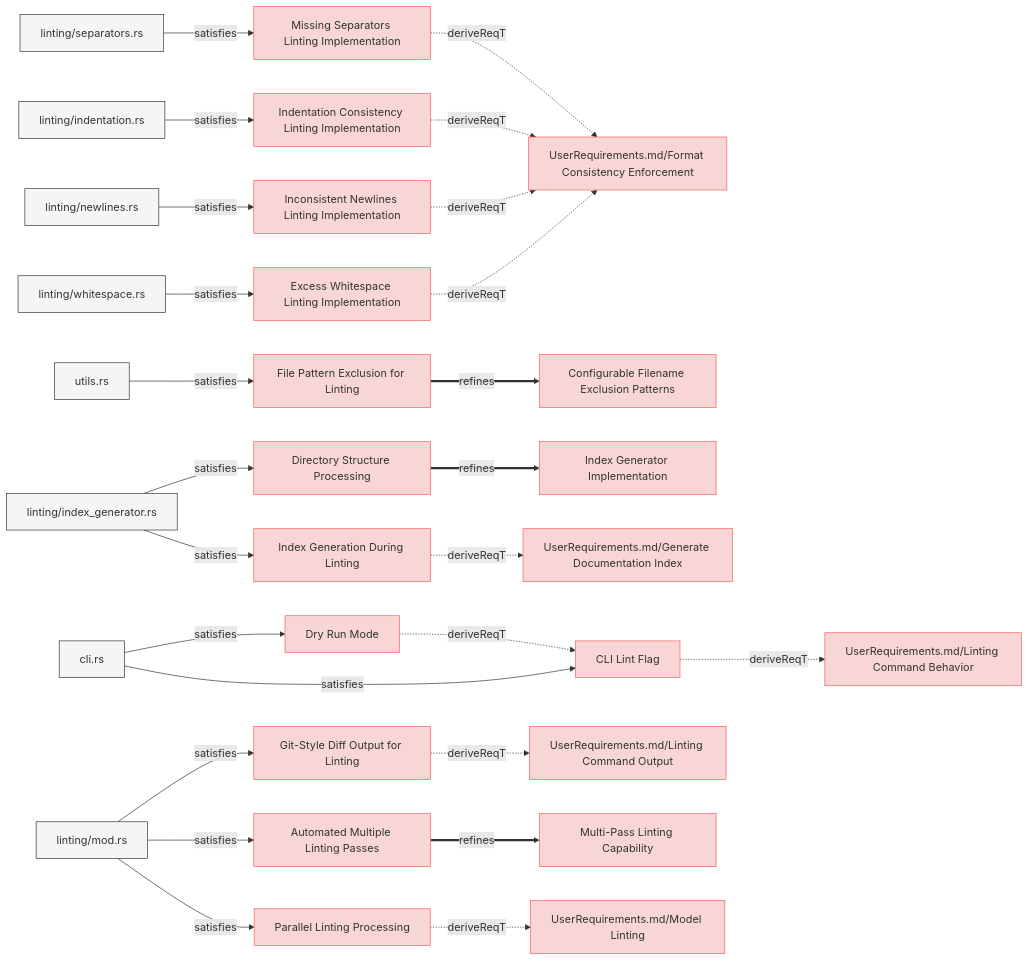
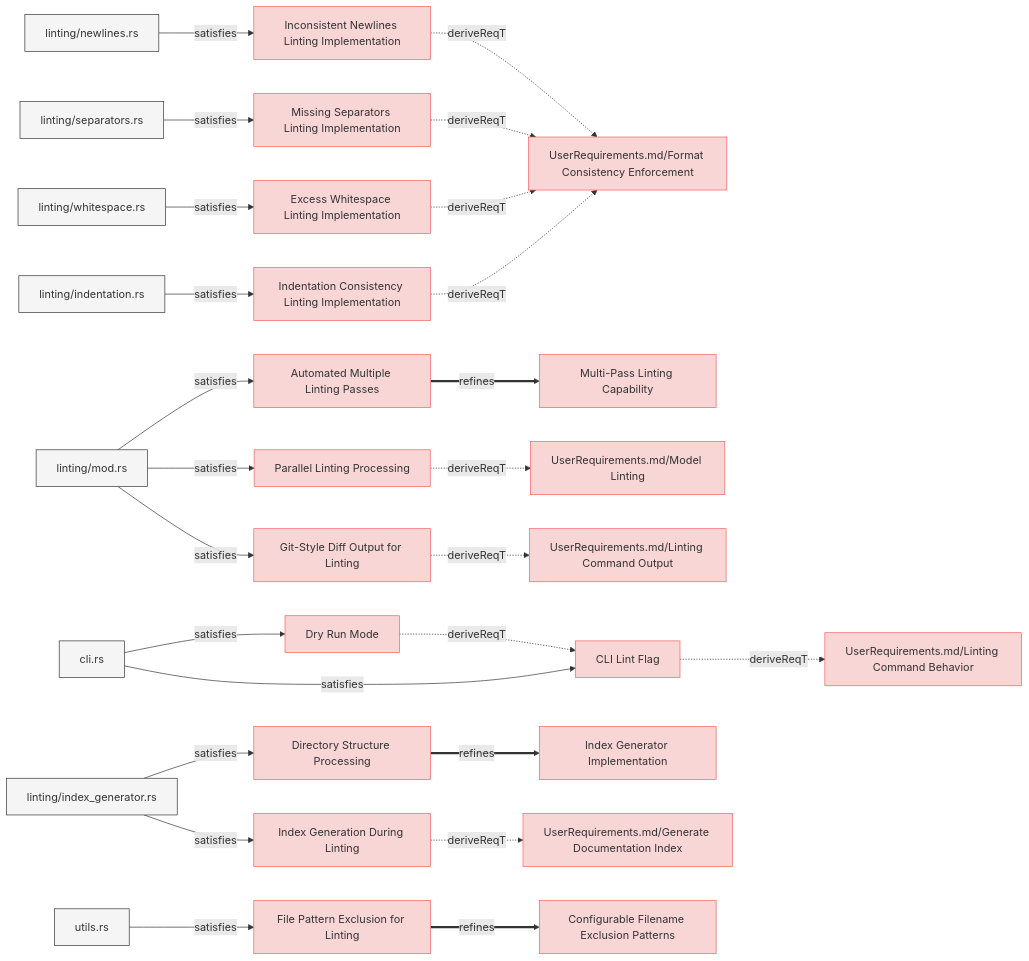
Before and after one commit to reqvire-org/reqvire: the first of 3 diagrams in specifications/SystemRequirements/Requirements.md, drawn with Mermaid. The commit also changed other lines of this file and 10 other files, not shown here.

````diff
--- a/specifications/SystemRequirements/Requirements.md
+++ b/specifications/SystemRequirements/Requirements.md
@@ -9,17 +9,115 @@
   classDef externalLink fill:#d0e0ff,stroke:#3080ff,stroke-width:1px;
   classDef default fill:#f5f5f5,stroke:#333333,stroke-width:1px;
 
+  ec14dc67ea["Automated Multiple Linting Passes"];
+  click ec14dc67ea "Requirements.md#automated-multiple-linting-passes";
+  class ec14dc67ea requirement;
+  feb2e14e3b["Multi-Pass Linting Capability"];
+  class feb2e14e3b requirement;
+  click feb2e14e3b "Requirements.md#multi-pass-linting-capability";
+  ec14dc67ea ==>|refines| feb2e14e3b;
+  5d72a78def["linting/mod.rs"];
+  class 5d72a78def default;
+  click 5d72a78def "/src/linting/mod.rs";
+  5d72a78def -->|satisfies| ec14dc67ea;
+  6e1435ad10["Inconsistent Newlines Linting Implementation"];
+  click 6e1435ad10 "Requirements.md#inconsistent-newlines-linting-implementation";
+  class 6e1435ad10 requirement;
+  81758bdb22["UserRequirements.md/Format Consistency Enforcement"];
+  class 81758bdb22 requirement;
+  click 81758bdb22 "../UserRequirements.md#format-consistency-enforcement";
+  6e1435ad10 -.->|deriveReqT| 81758bdb22;
+  f771dce14b["linting/newlines.rs"];
+  class f771dce14b default;
+  click f771dce14b "/src/linting/newlines.rs";
+  f771dce14b -->|satisfies| 6e1435ad10;
   dd0846393d["Missing Separators Linting Implementation"];
   click dd0846393d "Requirements.md#missing-separators-linting-implementation";
   class dd0846393d requirement;
-  81758bdb22["UserRequirements.md/Format Consistency Enforcement"];
-  class 81758bdb22 requirement;
-  click 81758bdb22 "../UserRequirements.md#format-consistency-enforcement";
   dd0846393d -.->|deriveReqT| 81758bdb22;
   c5bb68b4c4["linting/separators.rs"];
   class c5bb68b4c4 default;
-  click c5bb68b4c4 "https://github.com/reqflow/reqflow/src/linting/separators.rs";
+  click c5bb68b4c4 "/src/linting/separators.rs";
   c5bb68b4c4 -->|satisfies| dd0846393d;
+  66aa36deca["Parallel Linting Processing"];
+  click 66aa36deca "Requirements.md#parallel-linting-processing";
+  class 66aa36deca requirement;
+  103ddb8dc3["UserRequirements.md/Model Linting"];
+  class 103ddb8dc3 requirement;
+  click 103ddb8dc3 "../UserRequirements.md#model-linting";
+  66aa36deca -.->|deriveReqT| 103ddb8dc3;
+  5d72a78def["linting/mod.rs"];
+  class 5d72a78def default;
+  click 5d72a78def "/src/linting/mod.rs";
+  5d72a78def -->|satisfies| 66aa36deca;
+  8f2198f681["Dry Run Mode"];
+  click 8f2198f681 "Requirements.md#dry-run-mode";
+  class 8f2198f681 requirement;
+  fffbb22796["CLI Lint Flag"];
+  class fffbb22796 requirement;
+  click fffbb22796 "Requirements.md#cli-lint-flag";
+  8f2198f681 -.->|deriveReqT| fffbb22796;
+  b04c66abda["cli.rs"];
+  class b04c66abda default;
+  click b04c66abda "/src/cli.rs";
+  b04c66abda -->|satisfies| 8f2198f681;
+  63f1cd4974["Git-Style Diff Output for Linting"];
+  click 63f1cd4974 "Requirements.md#git-style-diff-output-for-linting";
+  class 63f1cd4974 requirement;
+  808b1863c8["UserRequirements.md/Linting Command Output"];
+  class 808b1863c8 requirement;
+  click 808b1863c8 "../UserRequirements.md#linting-command-output";
+  63f1cd4974 -.->|deriveReqT| 808b1863c8;
+  5d72a78def["linting/mod.rs"];
+  class 5d72a78def default;
+  click 5d72a78def "/src/linting/mod.rs";
+  5d72a78def -->|satisfies| 63f1cd4974;
+  3f3d3f9ccb["Excess Whitespace Linting Implementation"];
+  click 3f3d3f9ccb "Requirements.md#excess-whitespace-linting-implementation";
+  class 3f3d3f9ccb requirement;
+  3f3d3f9ccb -.->|deriveReqT| 81758bdb22;
+  890ff61be8["linting/whitespace.rs"];
+  class 890ff61be8 default;
+  click 890ff61be8 "/src/linting/whitespace.rs";
+  890ff61be8 -->|satisfies| 3f3d3f9ccb;
+  3efb9595f2["Indentation Consistency Linting Implementation"];
+  click 3efb9595f2 "Requirements.md#indentation-consistency-linting-implementation";
+  class 3efb9595f2 requirement;
+  3efb9595f2 -.->|deriveReqT| 81758bdb22;
+  a33e375c37["linting/indentation.rs"];
+  class a33e375c37 default;
+  click a33e375c37 "/src/linting/indentation.rs";
+  a33e375c37 -->|satisfies| 3efb9595f2;
+  887a7d36ca["UserRequirements.md/Linting Command Behavior"];
+  class 887a7d36ca requirement;
+  click 887a7d36ca "../UserRequirements.md#linting-command";
+  fffbb22796 -.->|deriveReqT| 887a7d36ca;
+  b04c66abda["cli.rs"];
+  class b04c66abda default;
+  click b04c66abda "/src/cli.rs";
+  b04c66abda -->|satisfies| fffbb22796;
+  d93eda81e3["Directory Structure Processing"];
+  click d93eda81e3 "Requirements.md#directory-structure-processing";
+  class d93eda81e3 requirement;
+  ec70b05609["Index Generator Implementation"];
+  class ec70b05609 requirement;
+  click ec70b05609 "Requirements.md#index-generator-implementation";
+  d93eda81e3 ==>|refines| ec70b05609;
+  6433b28d02["linting/index_generator.rs"];
+  class 6433b28d02 default;
+  click 6433b28d02 "/src/linting/index_generator.rs";
+  6433b28d02 -->|satisfies| d93eda81e3;
+  74344124a8["Index Generation During Linting"];
+  click 74344124a8 "Requirements.md#index-generation-during-linting";
+  class 74344124a8 requirement;
+  f5b5eaeb28["UserRequirements.md/Generate Documentation Index"];
+  class f5b5eaeb28 requirement;
+  click f5b5eaeb28 "../UserRequirements.md#generate-documentation-index";
+  74344124a8 -.->|deriveReqT| f5b5eaeb28;
+  6433b28d02["linting/index_generator.rs"];
+  class 6433b28d02 default;
+  click 6433b28d02 "/src/linting/index_generator.rs";
+  6433b28d02 -->|satisfies| 74344124a8;
   45770e9b31["File Pattern Exclusion for Linting"];
   click 45770e9b31 "Requirements.md#file-pattern-exclusion-for-linting";
   class 45770e9b31 requirement;
@@ -29,104 +127,6 @@
   45770e9b31 ==>|refines| cc8128cae3;
   e3935df50d["utils.rs"];
   class e3935df50d default;
-  click e3935df50d "https://github.com/reqflow/reqflow/src/utils.rs";
+  click e3935df50d "/src/utils.rs";
   e3935df50d -->|satisfies| 45770e9b31;
-  3efb9595f2["Indentation Consistency Linting Implementation"];
-  click 3efb9595f2 "Requirements.md#indentation-consistency-linting-implementation";
-  class 3efb9595f2 requirement;
-  3efb9595f2 -.->|deriveReqT| 81758bdb22;
-  a33e375c37["linting/indentation.rs"];
-  class a33e375c37 default;
-  click a33e375c37 "https://github.com/reqflow/reqflow/src/linting/indentation.rs";
-  a33e375c37 -->|satisfies| 3efb9595f2;
-  d93eda81e3["Directory Structure Processing"];
-  click d93eda81e3 "Requirements.md#directory-structure-processing";
-  class d93eda81e3 requirement;
-  ec70b05609["Index Generator Implementation"];
-  class ec70b05609 requirement;
-  click ec70b05609 "Requirements.md#index-generator-implementation";
-  d93eda81e3 ==>|refines| ec70b05609;
-  6433b28d02["linting/index_generator.rs"];
-  class 6433b28d02 default;
-  click 6433b28d02 "https://github.com/reqflow/reqflow/src/linting/index_generator.rs";
-  6433b28d02 -->|satisfies| d93eda81e3;
-  6e1435ad10["Inconsistent Newlines Linting Implementation"];
-  click 6e1435ad10 "Requirements.md#inconsistent-newlines-linting-implementation";
-  class 6e1435ad10 requirement;
-  6e1435ad10 -.->|deriveReqT| 81758bdb22;
-  f771dce14b["linting/newlines.rs"];
-  class f771dce14b default;
-  click f771dce14b "https://github.com/reqflow/reqflow/src/linting/newlines.rs";
-  f771dce14b -->|satisfies| 6e1435ad10;
-  8f2198f681["Dry Run Mode"];
-  click 8f2198f681 "Requirements.md#dry-run-mode";
-  class 8f2198f681 requirement;
-  fffbb22796["CLI Lint Flag"];
-  class fffbb22796 requirement;
-  click fffbb22796 "Requirements.md#cli-lint-flag";
-  8f2198f681 -.->|deriveReqT| fffbb22796;
-  b04c66abda["cli.rs"];
-  class b04c66abda default;
-  click b04c66abda "https://github.com/reqflow/reqflow/src/cli.rs";
-  b04c66abda -->|satisfies| 8f2198f681;
-  3f3d3f9ccb["Excess Whitespace Linting Implementation"];
-  click 3f3d3f9ccb "Requirements.md#excess-whitespace-linting-implementation";
-  class 3f3d3f9ccb requirement;
-  3f3d3f9ccb -.->|deriveReqT| 81758bdb22;
-  890ff61be8["linting/whitespace.rs"];
-  class 890ff61be8 default;
-  click 890ff61be8 "https://github.com/reqflow/reqflow/src/linting/whitespace.rs";
-  890ff61be8 -->|satisfies| 3f3d3f9ccb;
-  74344124a8["Index Generation During Linting"];
-  click 74344124a8 "Requirements.md#index-generation-during-linting";
-  class 74344124a8 requirement;
-  f5b5eaeb28["UserRequirements.md/Generate Documentation Index"];
-  class f5b5eaeb28 requirement;
-  click f5b5eaeb28 "../UserRequirements.md#generate-documentation-index";
-  74344124a8 -.->|deriveReqT| f5b5eaeb28;
-  6433b28d02["linting/index_generator.rs"];
-  class 6433b28d02 default;
-  click 6433b28d02 "https://github.com/reqflow/reqflow/src/linting/index_generator.rs";
-  6433b28d02 -->|satisfies| 74344124a8;
-  63f1cd4974["Git-Style Diff Output for Linting"];
-  click 63f1cd4974 "Requirements.md#git-style-diff-output-for-linting";
-  class 63f1cd4974 requirement;
-  808b1863c8["UserRequirements.md/Linting Command Output"];
-  class 808b1863c8 requirement;
-  click 808b1863c8 "../UserRequirements.md#linting-command-output";
-  63f1cd4974 -.->|deriveReqT| 808b1863c8;
-  5d72a78def["linting/mod.rs"];
-  class 5d72a78def default;
-  click 5d72a78def "https://github.com/reqflow/reqflow/src/linting/mod.rs";
-  5d72a78def -->|satisfies| 63f1cd4974;
-  ec14dc67ea["Automated Multiple Linting Passes"];
-  click ec14dc67ea "Requirements.md#automated-multiple-linting-passes";
-  class ec14dc67ea requirement;
-  feb2e14e3b["Multi-Pass Linting Capability"];
-  class feb2e14e3b requirement;
-  click feb2e14e3b "Requirements.md#multi-pass-linting-capability";
-  ec14dc67ea ==>|refines| feb2e14e3b;
-  5d72a78def["linting/mod.rs"];
-  class 5d72a78def default;
-  click 5d72a78def "https://github.com/reqflow/reqflow/src/linting/mod.rs";
-  5d72a78def -->|satisfies| ec14dc67ea;
-  887a7d36ca["UserRequirements.md/Linting Command Behavior"];
-  class 887a7d36ca requirement;
-  click 887a7d36ca "../UserRequirements.md#linting-command";
-  fffbb22796 -.->|deriveReqT| 887a7d36ca;
-  b04c66abda["cli.rs"];
-  class b04c66abda default;
-  click b04c66abda "https://github.com/reqflow/reqflow/src/cli.rs";
-  b04c66abda -->|satisfies| fffbb22796;
-  66aa36deca["Parallel Linting Processing"];
-  click 66aa36deca "Requirements.md#parallel-linting-processing";
-  class 66aa36deca requirement;
-  103ddb8dc3["UserRequirements.md/Model Linting"];
-  class 103ddb8dc3 requirement;
-  click 103ddb8dc3 "../UserRequirements.md#model-linting";
-  66aa36deca -.->|deriveReqT| 103ddb8dc3;
-  5d72a78def["linting/mod.rs"];
-  class 5d72a78def default;
-  click 5d72a78def "https://github.com/reqflow/reqflow/src/linting/mod.rs";
-  5d72a78def -->|satisfies| 66aa36deca;
 ```
````
